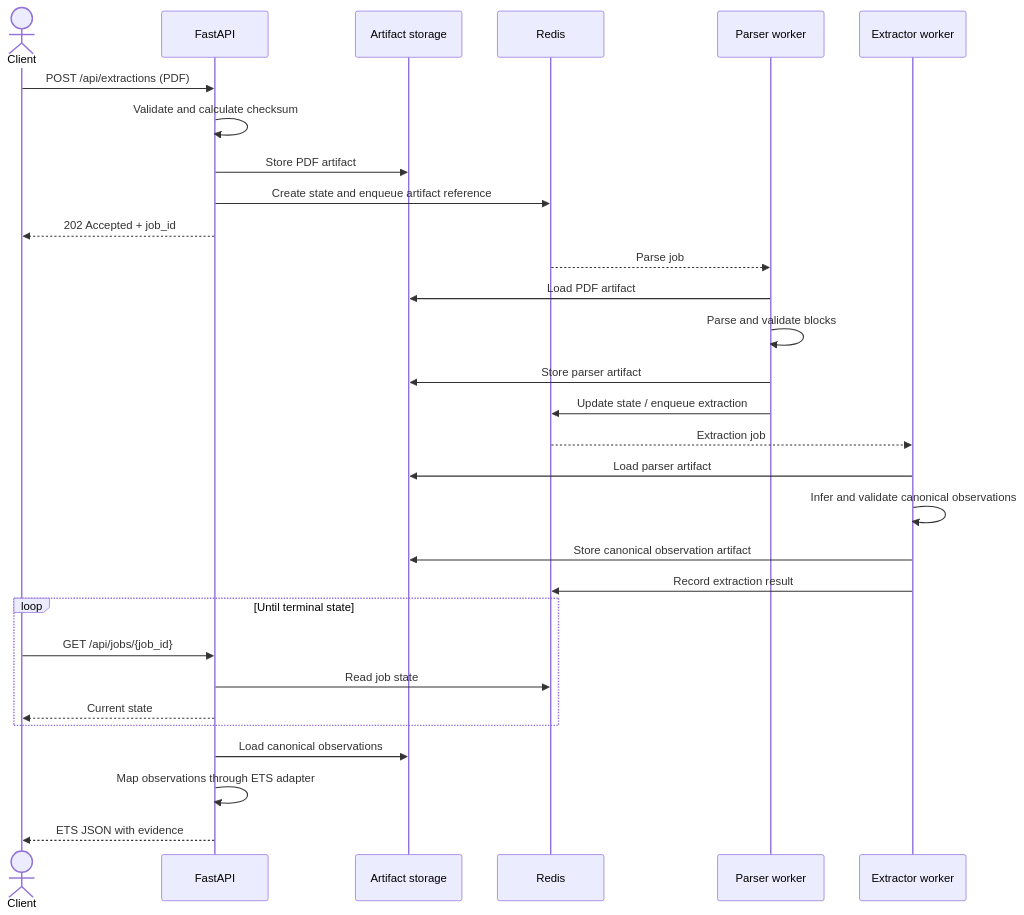
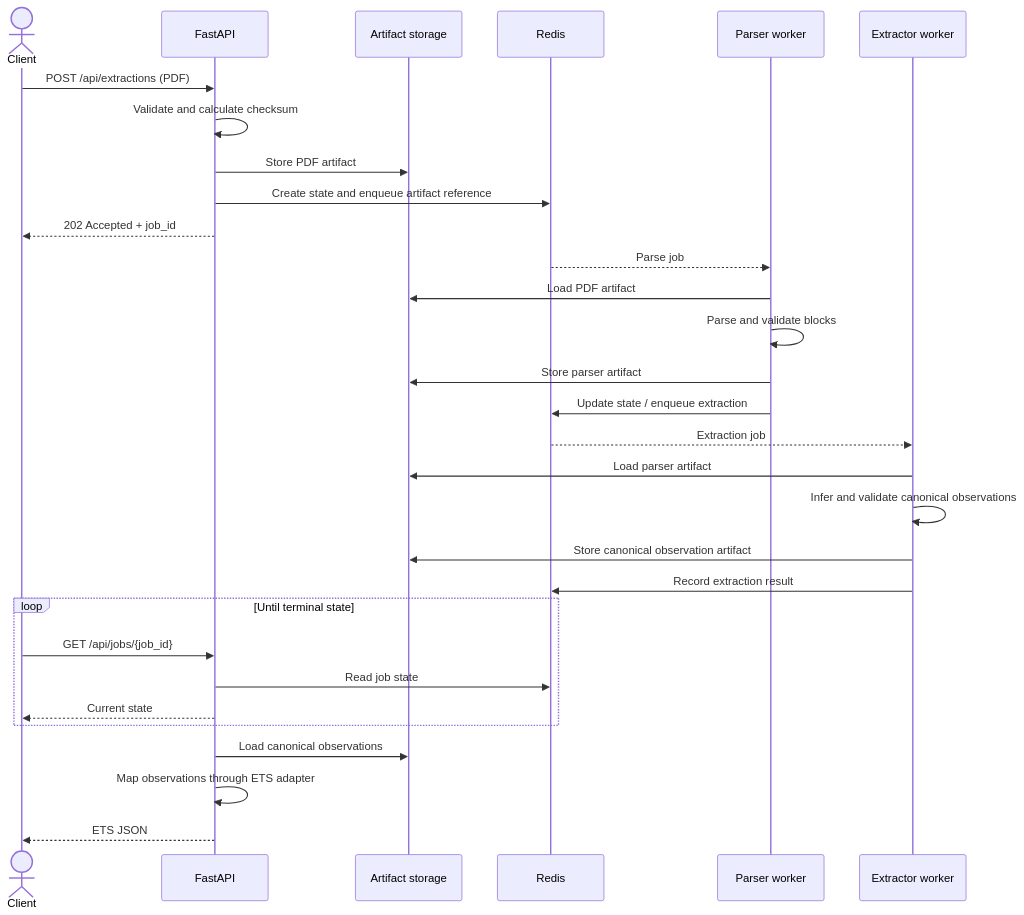
One commit to BioParser/BioParser changed the second of 4 diagrams in docs/architecture.md. Above: the diagram before and after it, drawn with Mermaid. The commit also changed other lines of this file and 18 other files, not shown here.

````diff
--- a/docs/architecture.md
+++ b/docs/architecture.md
@@ -113,37 +118,37 @@
 ```mermaid
 sequenceDiagram
     actor Client
     participant API as FastAPI
     participant Store as Artifact storage
     participant Redis
     participant Parser as Parser worker
     participant Extractor as Extractor worker
 
     Client->>API: POST /api/extractions (PDF)
     API->>API: Validate and calculate checksum
     API->>Store: Store PDF artifact
     API->>Redis: Create state and enqueue artifact reference
     API-->>Client: 202 Accepted + job_id
 
     Redis-->>Parser: Parse job
     Parser->>Store: Load PDF artifact
     Parser->>Parser: Parse and validate blocks
     Parser->>Store: Store parser artifact
     Parser->>Redis: Update state / enqueue extraction
 
     Redis-->>Extractor: Extraction job
     Extractor->>Store: Load parser artifact
     Extractor->>Extractor: Infer and validate canonical observations
     Extractor->>Store: Store canonical observation artifact
     Extractor->>Redis: Record extraction result
 
     loop Until terminal state
         Client->>API: GET /api/jobs/{job_id}
         API->>Redis: Read job state
         API-->>Client: Current state
     end
 
     API->>Store: Load canonical observations
     API->>API: Map observations through ETS adapter
-    API-->>Client: ETS JSON with evidence
+    API-->>Client: ETS JSON
 ```
````
